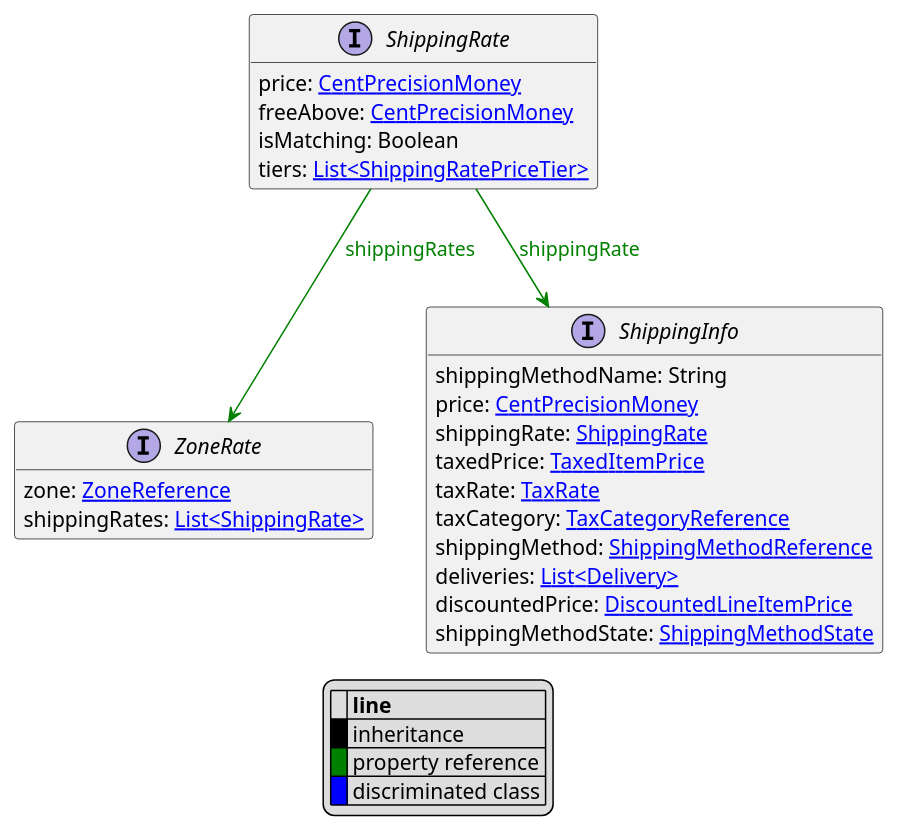
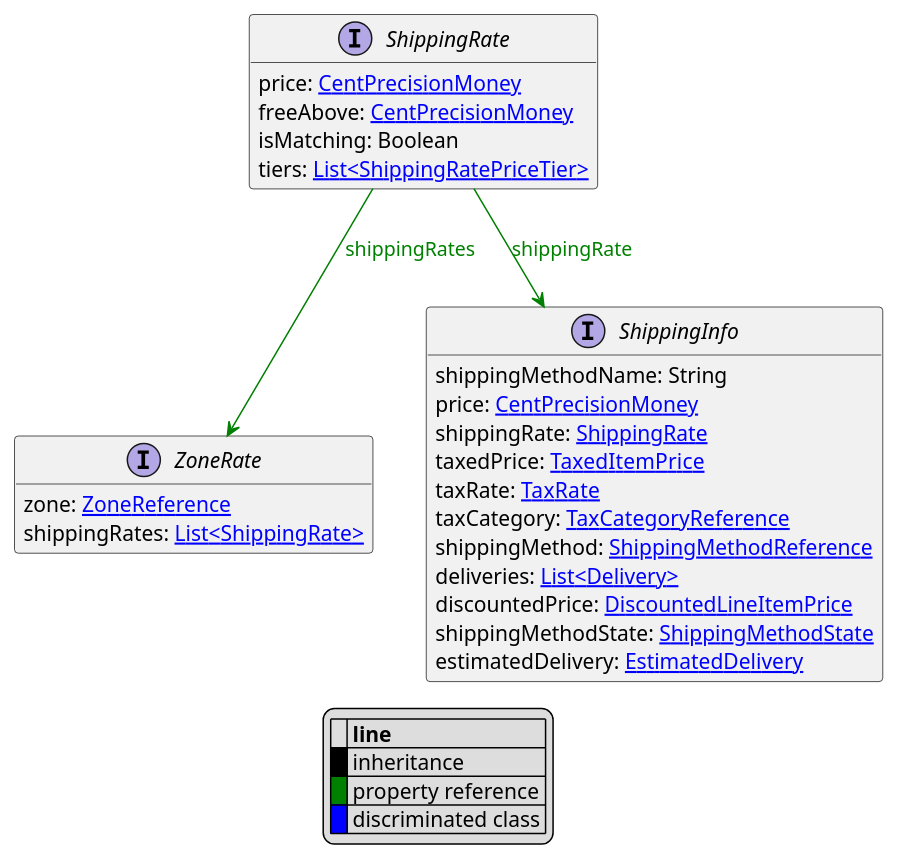
The diagram in uml/api/ShippingRate.puml (commercetools/commercetools-api-reference), drawn with PlantUML before and after one commit. The commit also changed 379 other files, not shown here.

```diff
--- a/uml/api/ShippingRate.puml
+++ b/uml/api/ShippingRate.puml
@@ -1,39 +1,40 @@
 @startuml
 
 hide empty fields
 hide empty methods
 legend
 |= |= line |
 |<back:black>   </back>| inheritance |
 |<back:green>   </back>| property reference |
 |<back:blue>   </back>| discriminated class |
 endlegend
 interface ShippingRate [[ShippingRate.svg]]  {
     price: [[CentPrecisionMoney.svg CentPrecisionMoney]]
     freeAbove: [[CentPrecisionMoney.svg CentPrecisionMoney]]
     isMatching: Boolean
     tiers: [[ShippingRatePriceTier.svg List<ShippingRatePriceTier>]]
 }
 
 
 
 interface ZoneRate [[ZoneRate.svg]]  {
     zone: [[ZoneReference.svg ZoneReference]]
     shippingRates: [[ShippingRate.svg List<ShippingRate>]]
 }
 interface ShippingInfo [[ShippingInfo.svg]]  {
     shippingMethodName: String
     price: [[CentPrecisionMoney.svg CentPrecisionMoney]]
     shippingRate: [[ShippingRate.svg ShippingRate]]
     taxedPrice: [[TaxedItemPrice.svg TaxedItemPrice]]
     taxRate: [[TaxRate.svg TaxRate]]
     taxCategory: [[TaxCategoryReference.svg TaxCategoryReference]]
     shippingMethod: [[ShippingMethodReference.svg ShippingMethodReference]]
     deliveries: [[Delivery.svg List<Delivery>]]
     discountedPrice: [[DiscountedLineItemPrice.svg DiscountedLineItemPrice]]
     shippingMethodState: [[ShippingMethodState.svg ShippingMethodState]]
+    estimatedDelivery: [[EstimatedDelivery.svg EstimatedDelivery]]
 }
 
 ShippingRate --> ZoneRate #green;text:green : "shippingRates"
 ShippingRate --> ShippingInfo #green;text:green : "shippingRate"
 @enduml
```
